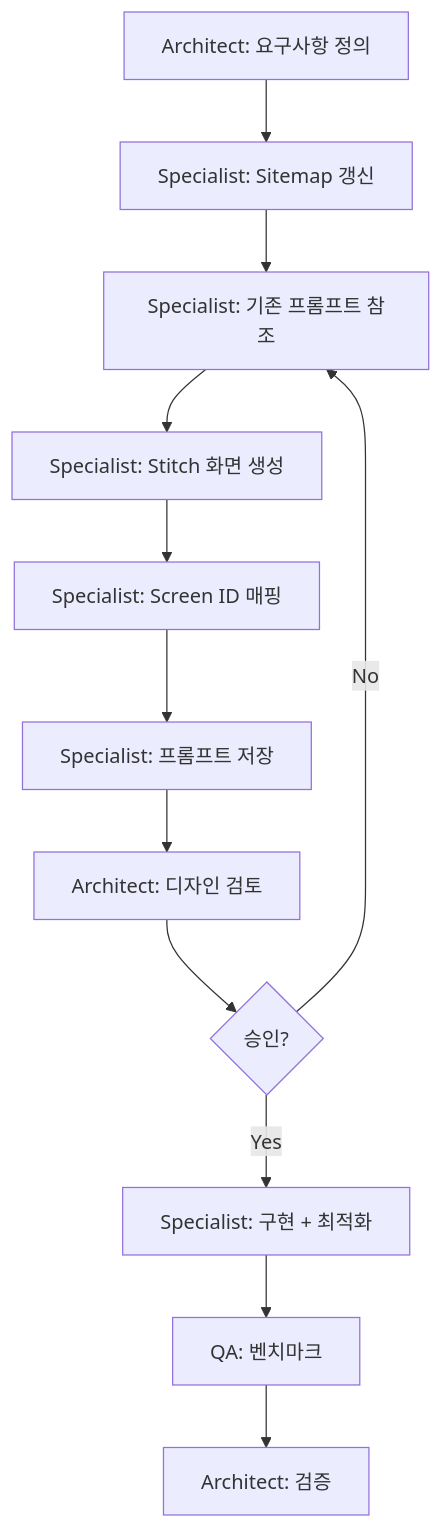
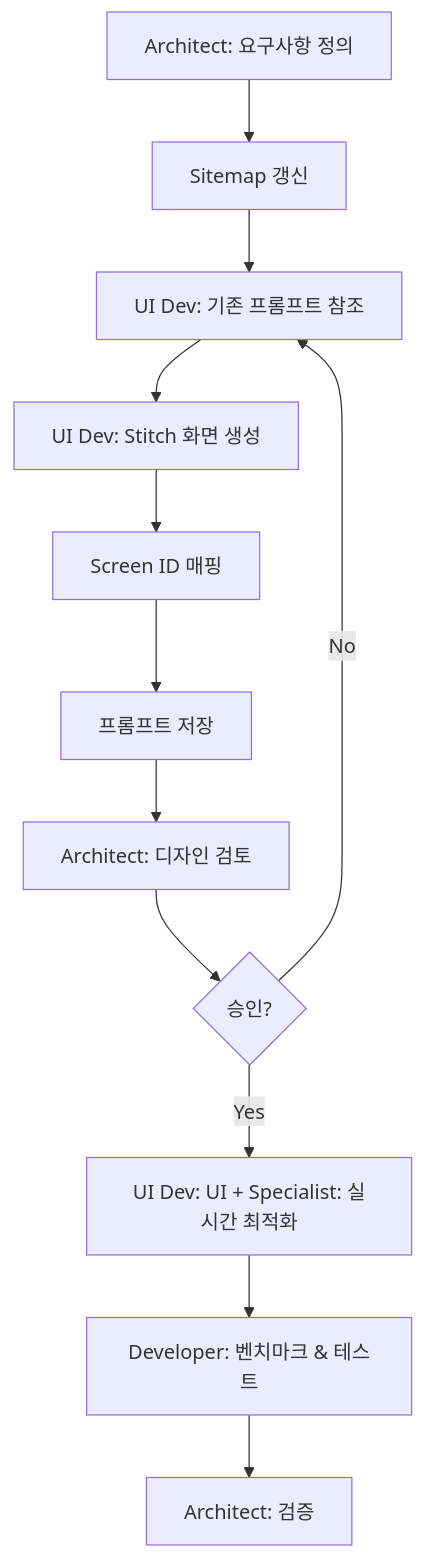
The third of 3 diagrams in .antigravity/workflows/feature-workflow.md (teenfo/BCL-portal), drawn with Mermaid before and after one commit. The commit also changed other lines of this file and 46 other files, not shown here.

````diff
--- a/.antigravity/workflows/feature-workflow.md
+++ b/.antigravity/workflows/feature-workflow.md
@@ -94,14 +96,14 @@
 ```mermaid
 graph TD
-    A[Architect: 요구사항 정의] --> B[Specialist: Sitemap 갱신]
-    B --> C[Specialist: 기존 프롬프트 참조]
-    C --> D[Specialist: Stitch 화면 생성]
-    D --> E[Specialist: Screen ID 매핑]
-    E --> F[Specialist: 프롬프트 저장]
+    A[Architect: 요구사항 정의] --> B[Sitemap 갱신]
+    B --> C[UI Dev: 기존 프롬프트 참조]
+    C --> D[UI Dev: Stitch 화면 생성]
+    D --> E[Screen ID 매핑]
+    E --> F[프롬프트 저장]
     F --> G[Architect: 디자인 검토]
     G --> H{승인?}
     H -->|No| C
-    H -->|Yes| I[Specialist: 구현 + 최적화]
-    I --> J[QA: 벤치마크]
+    H -->|Yes| I[UI Dev: UI + Specialist: 실시간 최적화]
+    I --> J[Developer: 벤치마크 & 테스트]
     J --> K[Architect: 검증]
 ```
````
